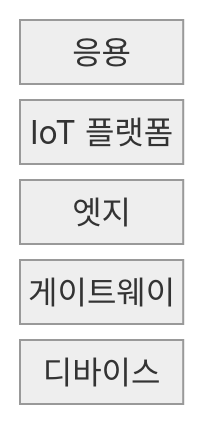
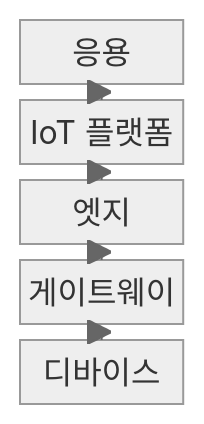
Before and after one commit to agnusdei1207/knowledge-base: the first of 2 diagrams in src/content/docs/notes/04-network/077_iot_architecture.md, drawn with Mermaid (neutral theme). The commit also changed other lines of this file and 20 other files, not shown here.

````diff
--- a/src/content/docs/notes/04-network/077_iot_architecture.md
+++ b/src/content/docs/notes/04-network/077_iot_architecture.md
@@ -54,9 +59,13 @@
 ```mermaid
 block-beta
     columns 1
     APP["응용"]
     PLATFORM["IoT 플랫폼"]
     EDGE["엣지"]
     GATEWAY["게이트웨이"]
     DEVICE["디바이스"]
+    DEVICE --> GATEWAY
+    GATEWAY --> EDGE
+    EDGE --> PLATFORM
+    PLATFORM --> APP
 ```
````
